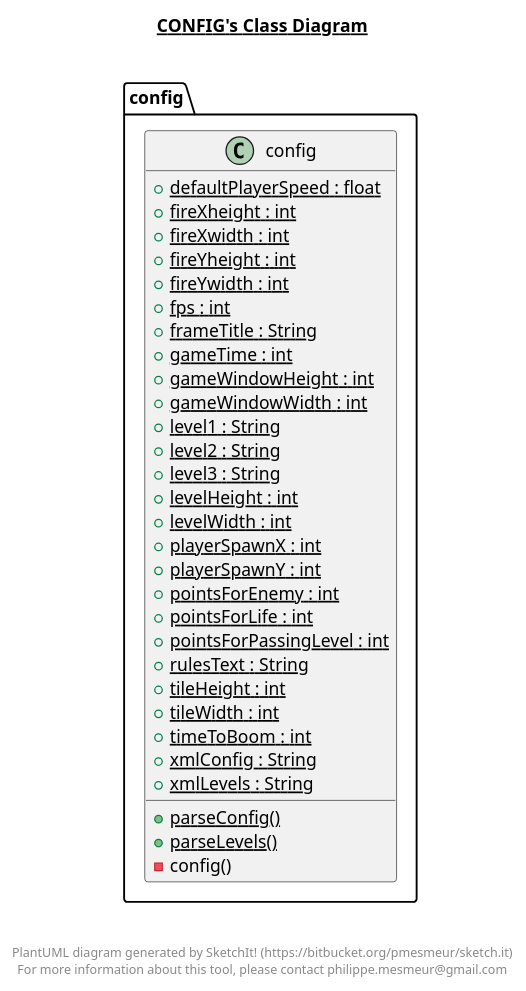
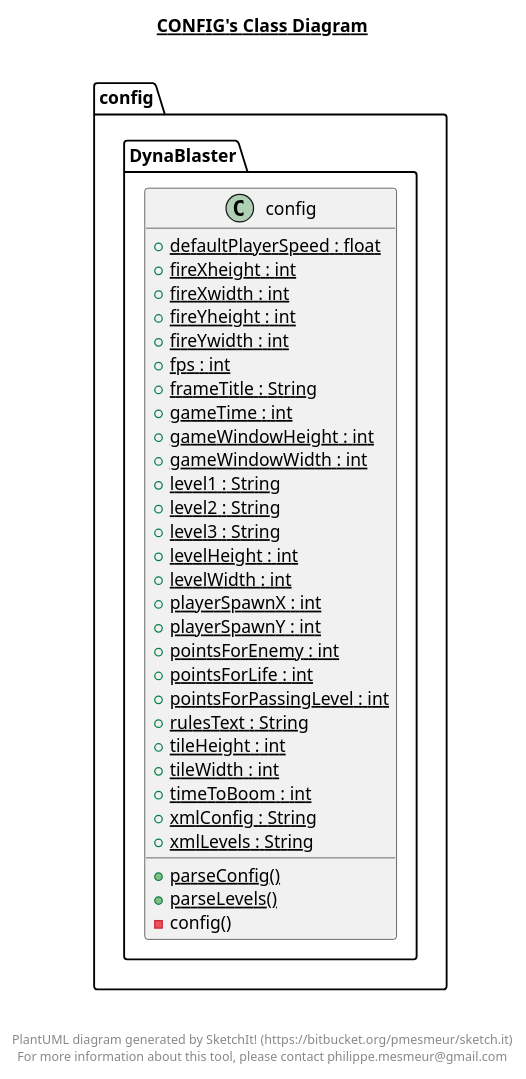
The diagram in out/production/DynaBlaster/config/config.plantuml (mxdzelq/Dyna_Blaster-Java), drawn with PlantUML before and after one commit. The commit also changed 53 other files, not shown here.

```diff
--- a/out/production/DynaBlaster/config/config.plantuml
+++ b/out/production/DynaBlaster/config/config.plantuml
@@ -1,49 +1,49 @@
 @startuml
 
 title __CONFIG's Class Diagram__\n
 
   namespace config {
-    class config.config {
+    class DynaBlaster.config {
         {static} + defaultPlayerSpeed : float
         {static} + fireXheight : int
         {static} + fireXwidth : int
         {static} + fireYheight : int
         {static} + fireYwidth : int
         {static} + fps : int
         {static} + frameTitle : String
         {static} + gameTime : int
         {static} + gameWindowHeight : int
         {static} + gameWindowWidth : int
         {static} + level1 : String
         {static} + level2 : String
         {static} + level3 : String
         {static} + levelHeight : int
         {static} + levelWidth : int
         {static} + playerSpawnX : int
         {static} + playerSpawnY : int
         {static} + pointsForEnemy : int
         {static} + pointsForLife : int
         {static} + pointsForPassingLevel : int
         {static} + rulesText : String
         {static} + tileHeight : int
         {static} + tileWidth : int
         {static} + timeToBoom : int
         {static} + xmlConfig : String
         {static} + xmlLevels : String
         {static} + parseConfig()
         {static} + parseLevels()
         - config()
     }
   }
   
 
 
 
 right footer
 
 
 PlantUML diagram generated by SketchIt! (https://bitbucket.org/pmesmeur/sketch.it)
 For more information about this tool, please contact philippe.mesmeur@gmail.com
 endfooter
 
 @enduml
```
